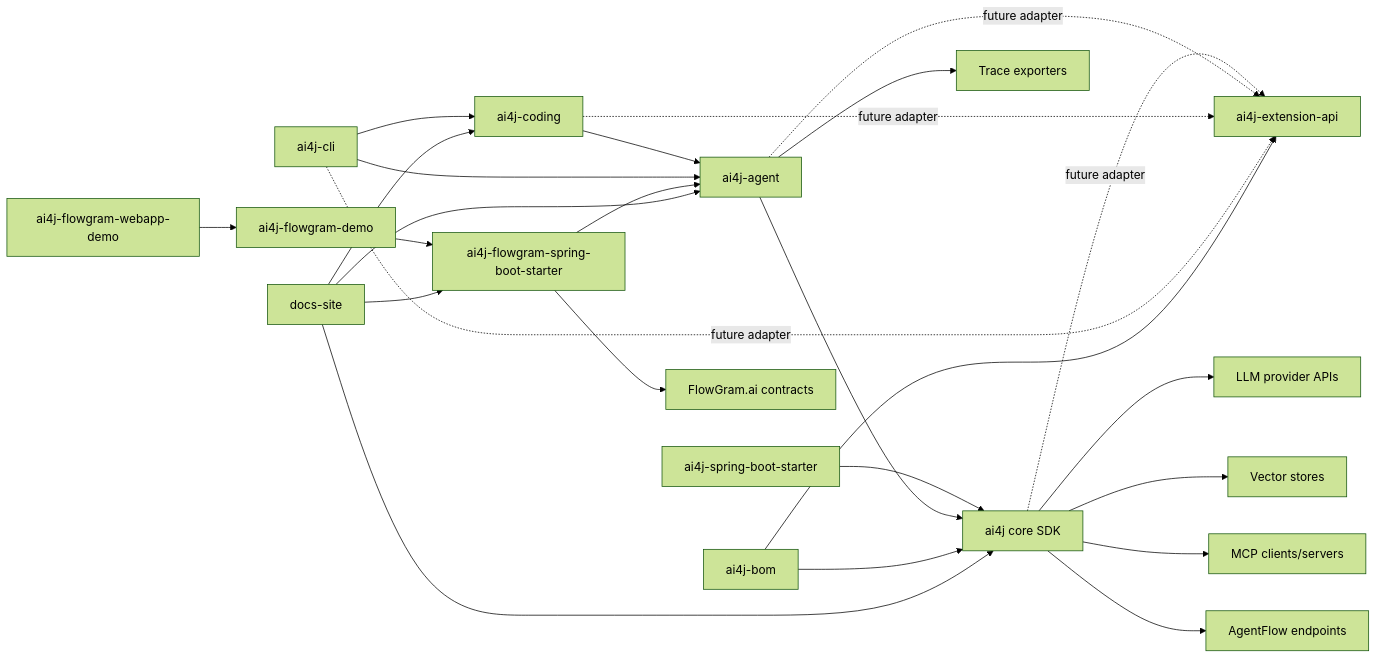
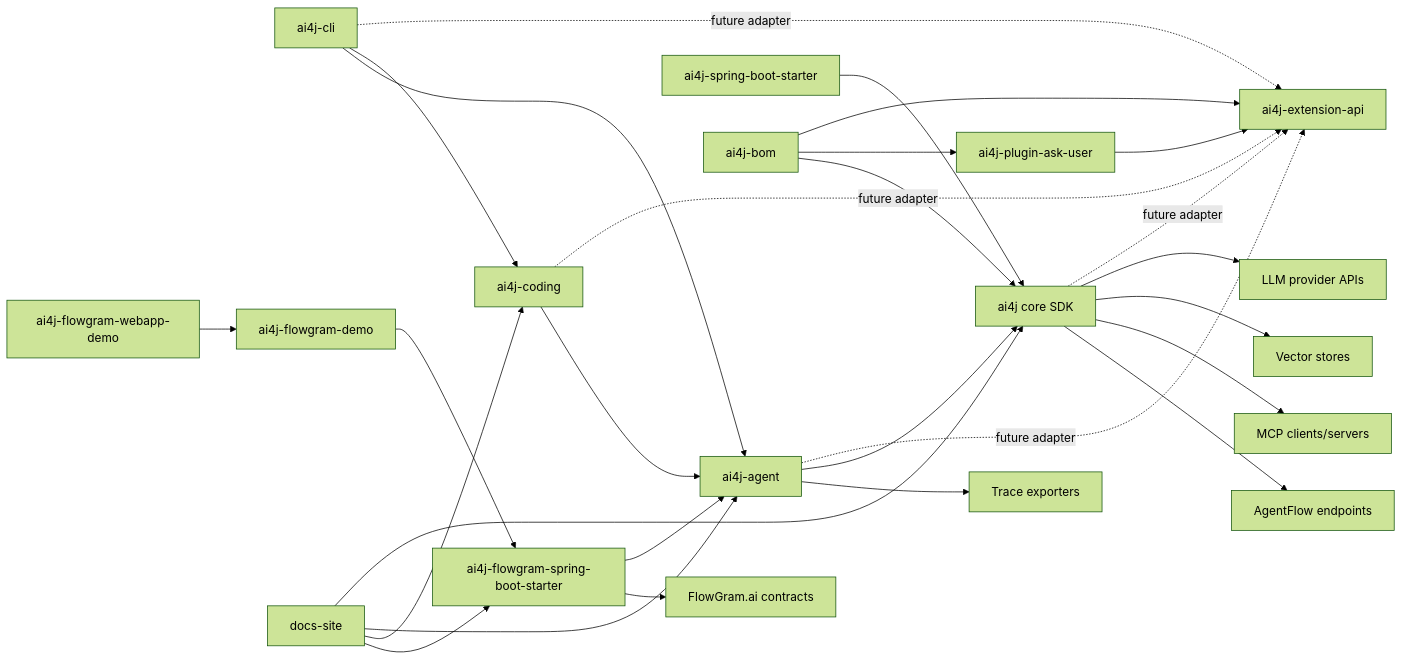
One commit to LnYo-Cly/ai4j changed the diagram in coding-agent-harness/context/architecture/system-map.md. Above: the diagram before and after it, drawn with Mermaid (forest theme). The commit also changed other lines of this file and 43 other files, not shown here.

Commit message:
feat(extension): add official ask-user plugin

````diff
--- a/coding-agent-harness/context/architecture/system-map.md
+++ b/coding-agent-harness/context/architecture/system-map.md
@@ -14,40 +14,43 @@
 ```mermaid
 flowchart LR
   core["ai4j core SDK"]
   extension["ai4j-extension-api"]
+  askUser["ai4j-plugin-ask-user"]
   agent["ai4j-agent"]
   coding["ai4j-coding"]
   cli["ai4j-cli"]
   spring["ai4j-spring-boot-starter"]
   flowStarter["ai4j-flowgram-spring-boot-starter"]
   flowDemo["ai4j-flowgram-demo"]
   flowWeb["ai4j-flowgram-webapp-demo"]
   docs["docs-site"]
   bom["ai4j-bom"]
 
+  askUser --> extension
   core -. future adapter .-> extension
   agent -. future adapter .-> extension
   coding -. future adapter .-> extension
   cli -. future adapter .-> extension
   spring --> core
   agent --> core
   coding --> agent
   cli --> coding
   cli --> agent
   flowStarter --> agent
   flowDemo --> flowStarter
   flowWeb --> flowDemo
   bom --> extension
+  bom --> askUser
   bom --> core
   docs --> core
   docs --> agent
   docs --> coding
   docs --> flowStarter
 
   core --> providers["LLM provider APIs"]
   core --> vectorStores["Vector stores"]
   core --> mcp["MCP clients/servers"]
   core --> agentFlow["AgentFlow endpoints"]
   agent --> tracing["Trace exporters"]
   flowStarter --> flowgram["FlowGram.ai contracts"]
 ```
````
